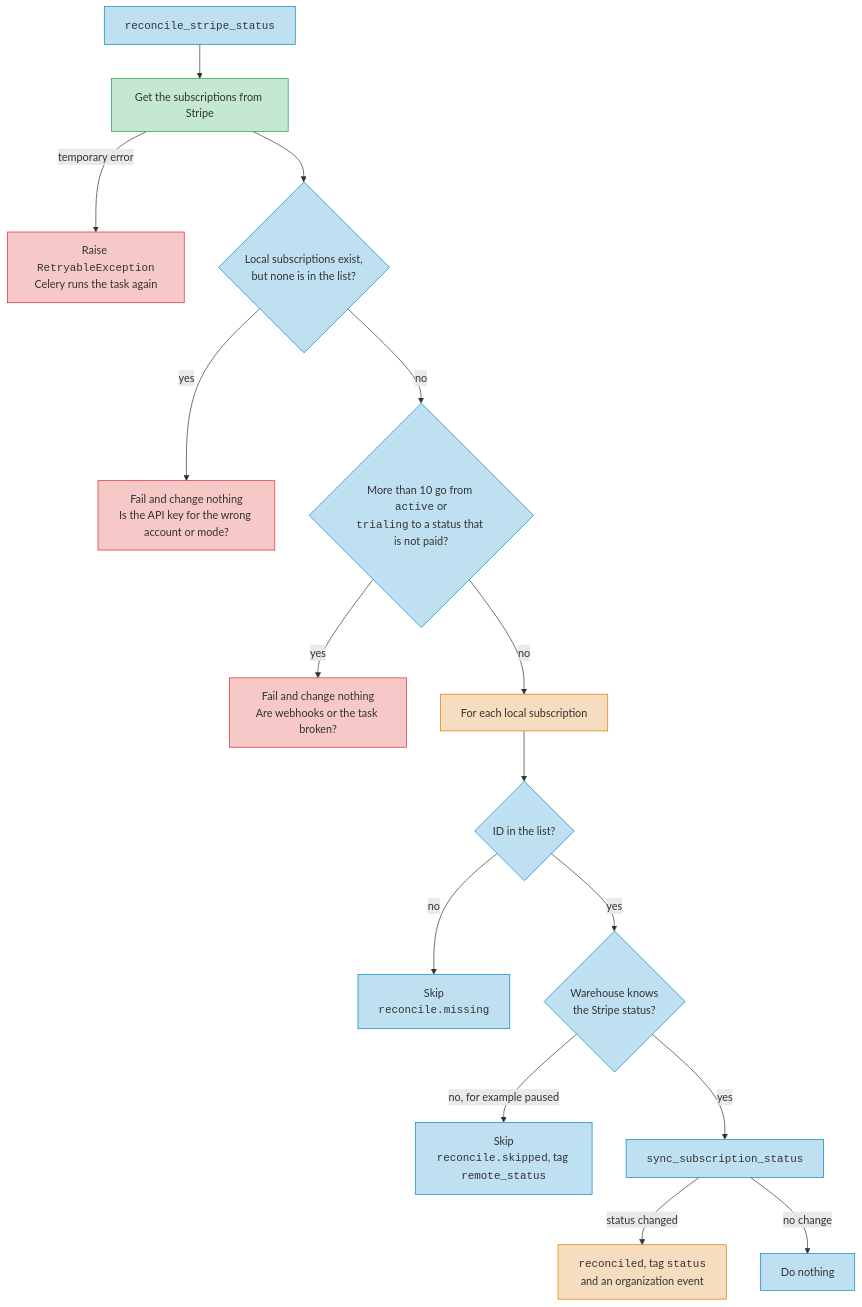
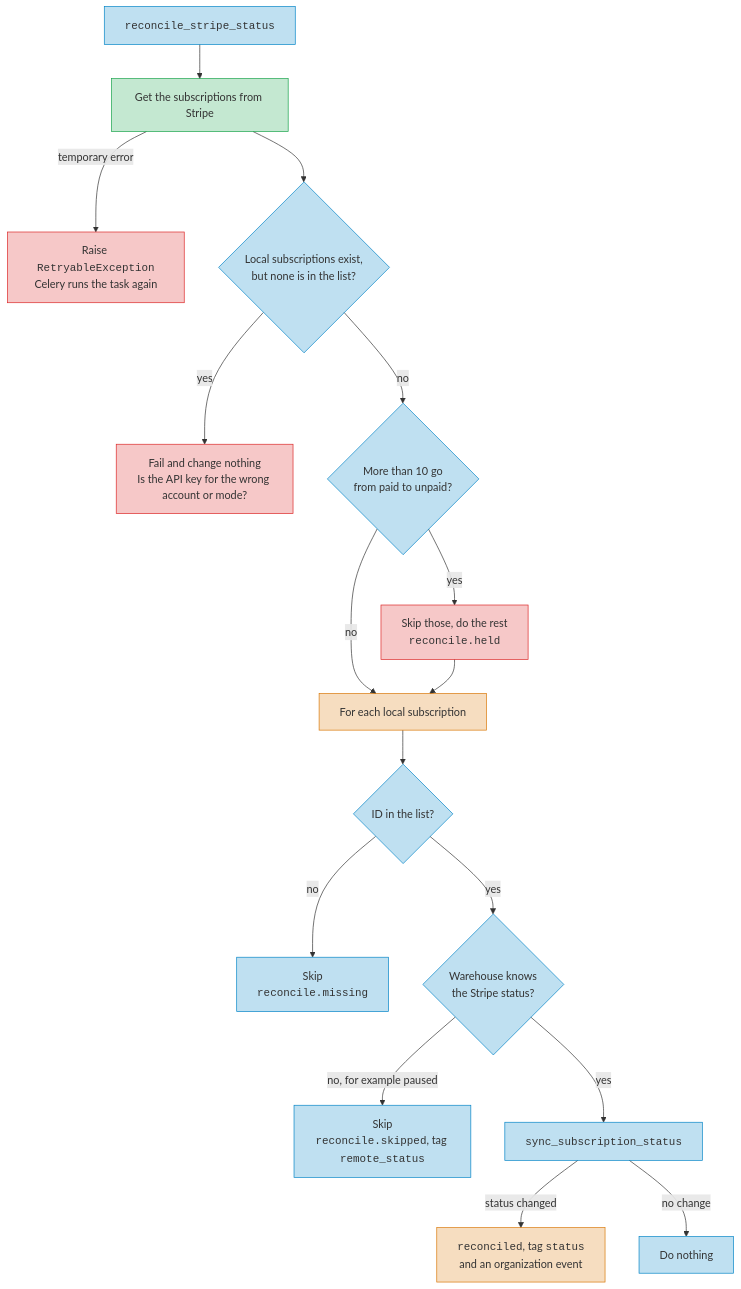
One commit to pypi/warehouse changed the second of 3 diagrams in docs/dev/development/billing.md. Above: the diagram before and after it, drawn with Mermaid. The commit also changed other lines of this file and 2 other files, not shown here.

Commit message:
hold reconcile downgrades instead of failing

````diff
--- a/docs/dev/development/billing.md
+++ b/docs/dev/development/billing.md
@@ -72,21 +72,22 @@
 ```mermaid
 flowchart TD
     START[<code>reconcile_stripe_status</code>]:::warehouse --> LIST[Get the subscriptions from Stripe]:::stripe
     LIST -->|temporary error| RETRY[Raise <code>RetryableException</code><br/>Celery runs the task again]:::fail
     LIST --> NONE{Local subscriptions exist,<br/>but none is in the list?}:::warehouse
     NONE -->|yes| FAIL[Fail and change nothing<br/>Is the API key for the wrong account or mode?]:::fail
-    NONE -->|no| DOWN{More than 10 go from <code>active</code> or<br/><code>trialing</code> to a status that is not paid?}:::warehouse
-    DOWN -->|yes| FAILDOWN[Fail and change nothing<br/>Are webhooks or the task broken?]:::fail
+    NONE -->|no| DOWN{More than 10 go<br/>from paid to unpaid?}:::warehouse
+    DOWN -->|yes| HOLD[Skip those, do the rest<br/><code>reconcile.held</code>]:::fail
     DOWN -->|no| EACH[For each local subscription]:::data
+    HOLD --> EACH
     EACH --> FOUND{ID in the list?}:::warehouse
     FOUND -->|no| MISS[Skip<br/><code>reconcile.missing</code>]:::warehouse
     FOUND -->|yes| KNOWN{Warehouse knows<br/>the Stripe status?}:::warehouse
     KNOWN -->|no, for example paused| SKIP[Skip<br/><code>reconcile.skipped</code>, tag <code>remote_status</code>]:::warehouse
     KNOWN -->|yes| SYNC[<code>sync_subscription_status</code>]:::warehouse
     SYNC -->|status changed| OK[<code>reconciled</code>, tag <code>status</code><br/>and an organization event]:::data
     SYNC -->|no change| DONE[Do nothing]:::warehouse
     classDef warehouse fill:#0284c740,stroke:#0284c7
     classDef data fill:#d9770640,stroke:#d97706
     classDef stripe fill:#16a34a40,stroke:#16a34a
     classDef fail fill:#dc262640,stroke:#dc2626
 ```
````
